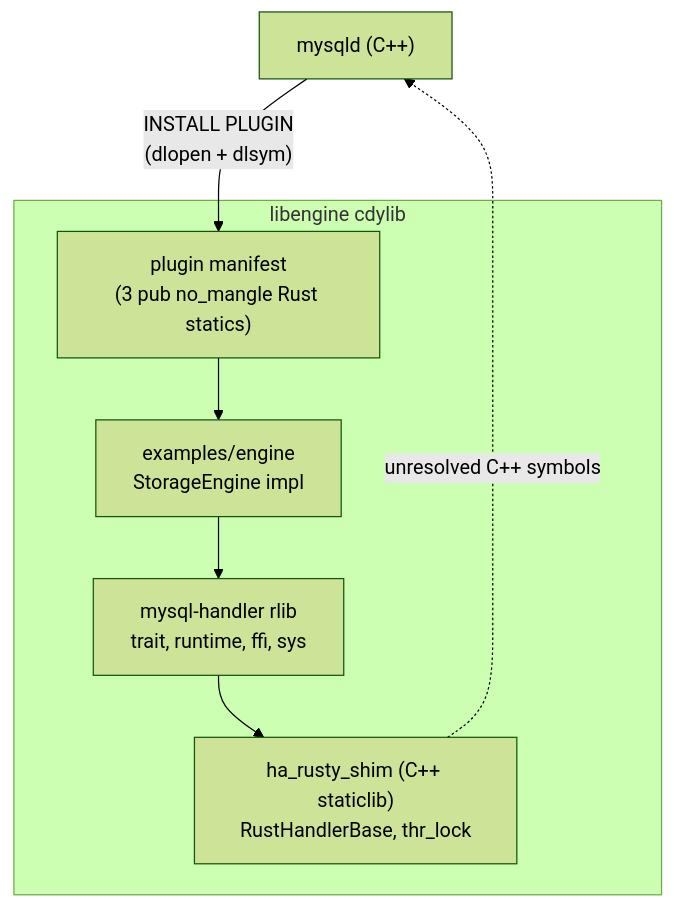
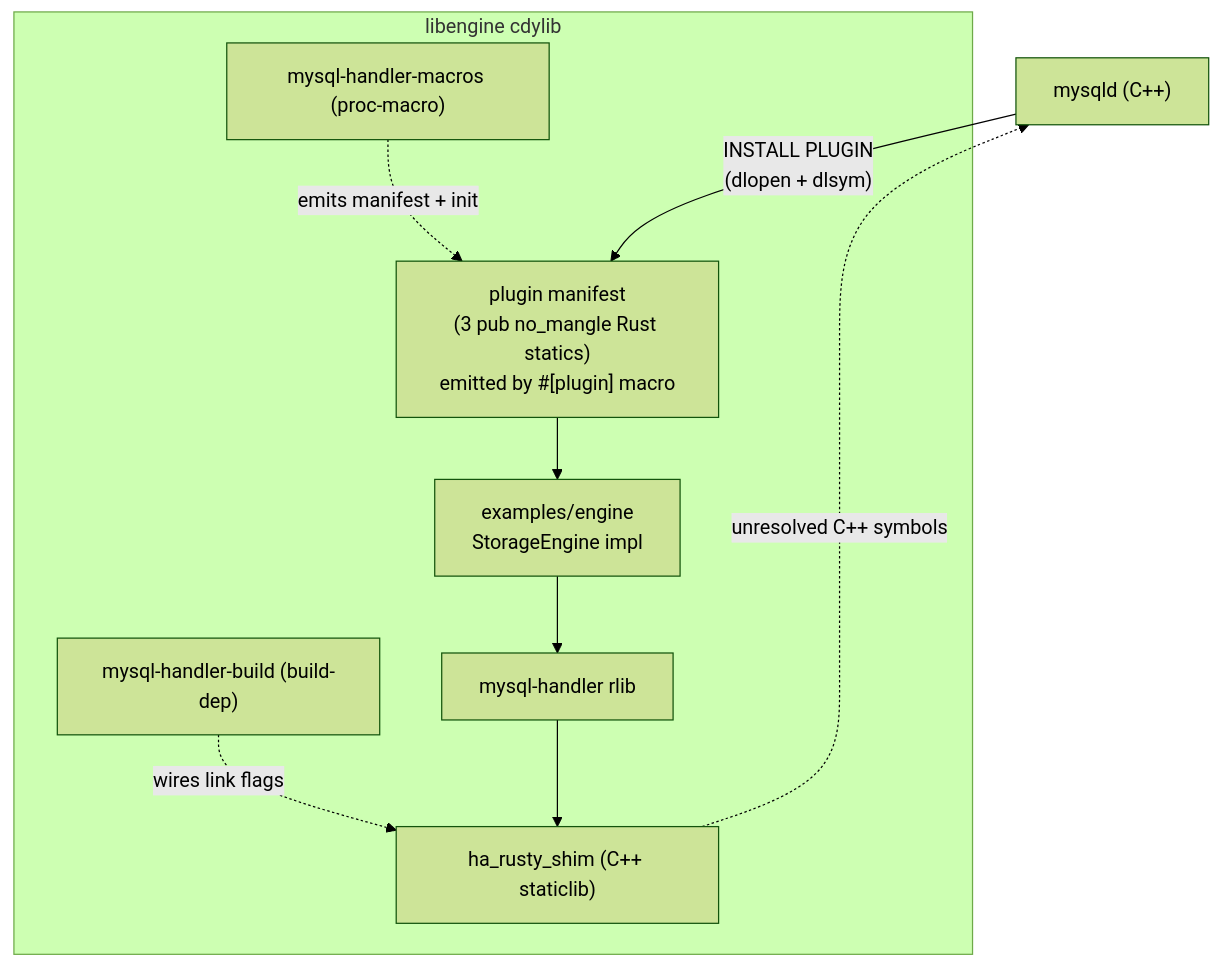
The diagram in docs/architecture.md (ren-yamanashi/rusty_mysql_handler), drawn with Mermaid (forest theme) before and after one commit. The commit also changed other lines of this file and 2 other files, not shown here.

First line of the commit message:
docs: rewrite quick start and architecture for the macro-based 0.2 surface (#72)

````diff
--- a/docs/architecture.md
+++ b/docs/architecture.md
@@ -5,13 +5,17 @@
 ```mermaid
 graph TD
   Server["mysqld (C++)"]
   subgraph cdylib["libengine cdylib"]
-    Manifest["plugin manifest<br/>(3 pub no_mangle Rust statics)"]
+    Manifest["plugin manifest<br/>(3 pub no_mangle Rust statics)<br/>emitted by #[plugin] macro"]
     Engine["examples/engine<br/>StorageEngine impl"]
-    Rlib["mysql-handler rlib<br/>trait, runtime, ffi, sys"]
-    Shim["ha_rusty_shim (C++ staticlib)<br/>RustHandlerBase, thr_lock"]
+    Macros["mysql-handler-macros (proc-macro)"]
+    Build["mysql-handler-build (build-dep)"]
+    Rlib["mysql-handler rlib"]
+    Shim["ha_rusty_shim (C++ staticlib)"]
   end
   Server -->|"INSTALL PLUGIN<br/>(dlopen + dlsym)"| Manifest
   Manifest --> Engine --> Rlib --> Shim
+  Macros -. "emits manifest + init" .-> Manifest
+  Build -. "wires link flags" .-> Shim
   Shim -. "unresolved C++ symbols" .-> Server
 ```
````
